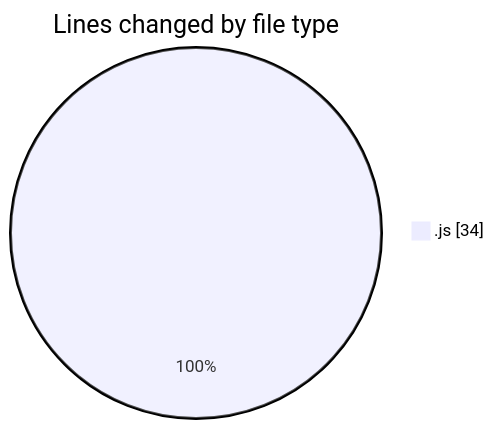
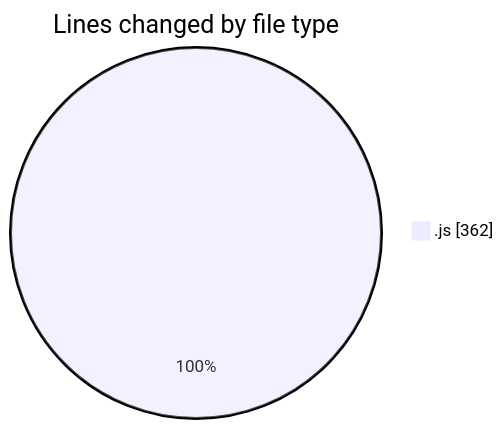
The first of 2 diagrams in 2025-03-27/vms-with-backend/README.md (BS-eng2023/code-tracking), drawn with Mermaid before and after one commit. The commit also changed other lines of this file and 1 other file, not shown here.

````diff
--- a/2025-03-27/vms-with-backend/README.md
+++ b/2025-03-27/vms-with-backend/README.md
@@ -23,5 +25,5 @@
 ```mermaid
 pie showData
 title Lines changed by file type
-".js" : 34
+".js" : 362
 ```
````
